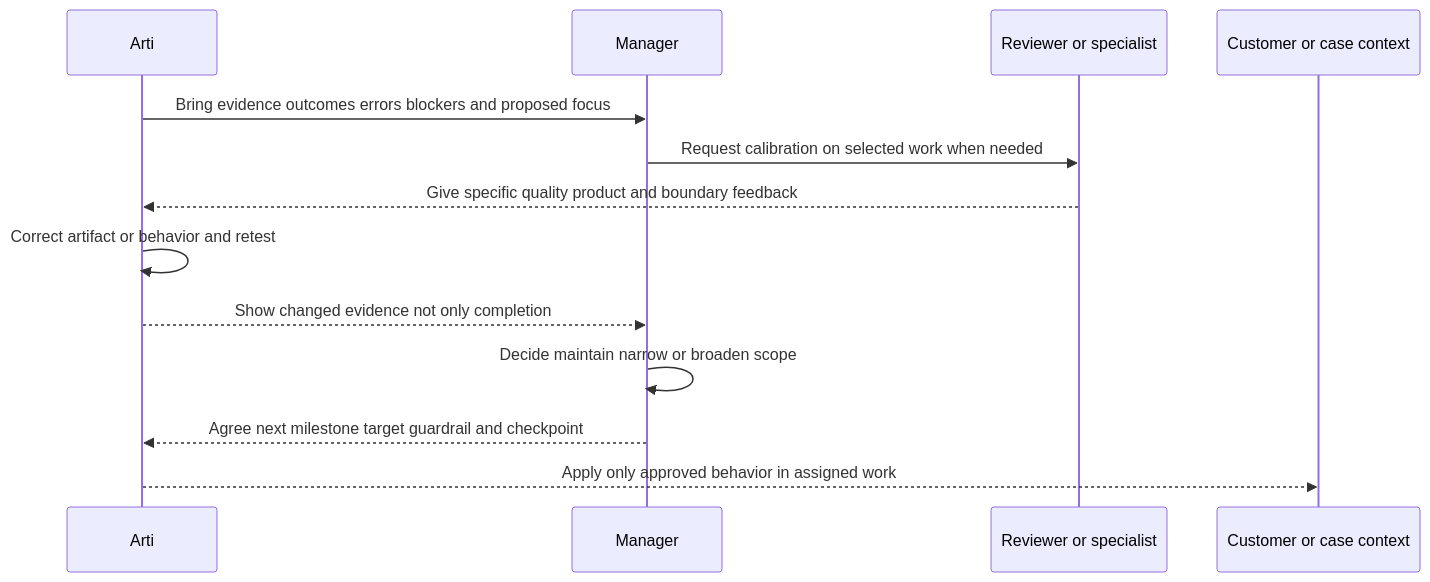
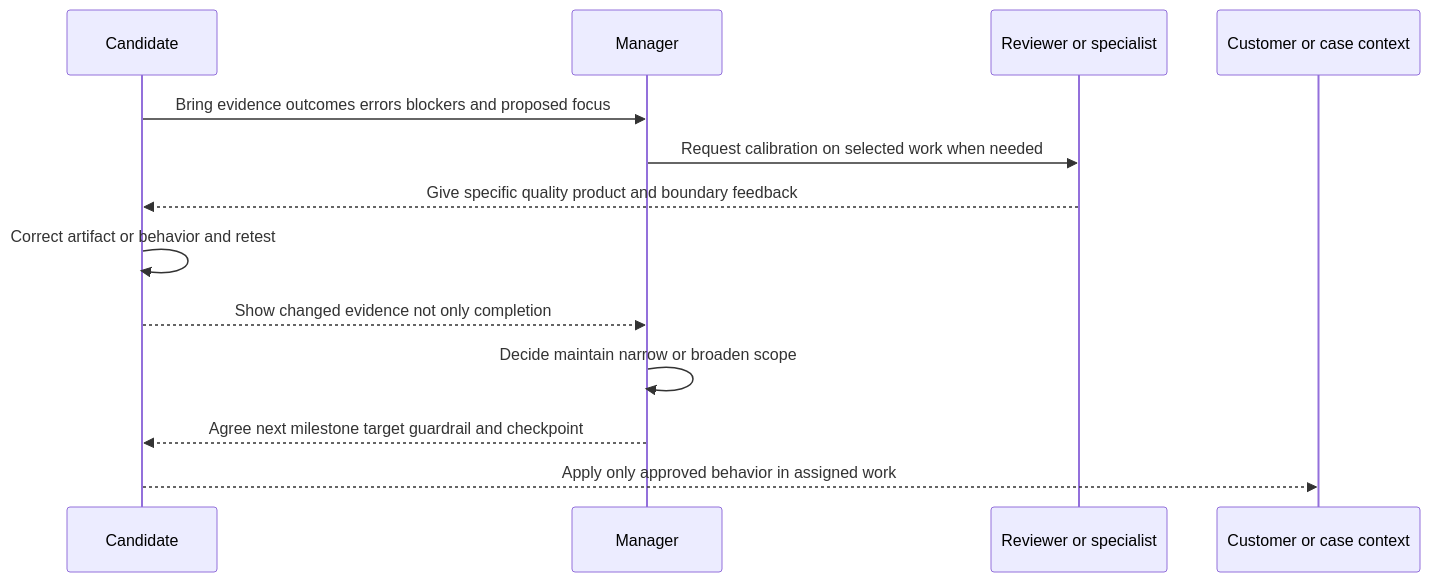
Before and after one commit to hichauhan-in/Interview-Prep: the fifth of 5 diagrams in AbnormalAI TSE/prep/Appendix-K-30-60-90-day-ramp-plan.md, drawn with Mermaid. The commit also changed other lines of this file and 493 other files, not shown here.

````diff
--- a/AbnormalAI TSE/prep/Appendix-K-30-60-90-day-ramp-plan.md
+++ b/AbnormalAI TSE/prep/Appendix-K-30-60-90-day-ramp-plan.md
@@ -296,15 +296,15 @@
 ```mermaid
 sequenceDiagram
-    participant A as Arti
+    participant A as Candidate
     participant M as Manager
     participant R as Reviewer or specialist
     participant C as Customer or case context
     A->>M: Bring evidence outcomes errors blockers and proposed focus
     M->>R: Request calibration on selected work when needed
     R-->>A: Give specific quality product and boundary feedback
     A->>A: Correct artifact or behavior and retest
     A-->>M: Show changed evidence not only completion
     M->>M: Decide maintain narrow or broaden scope
     M-->>A: Agree next milestone target guardrail and checkpoint
     A-->>C: Apply only approved behavior in assigned work
 ```
````
